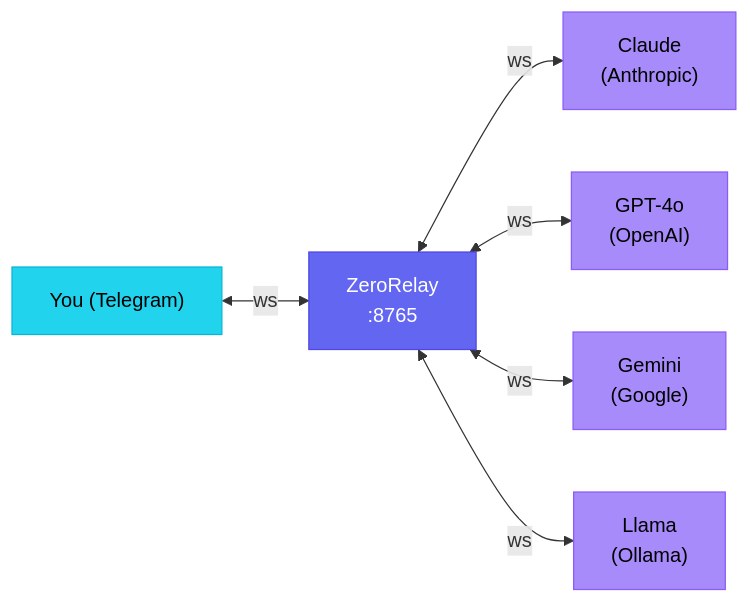
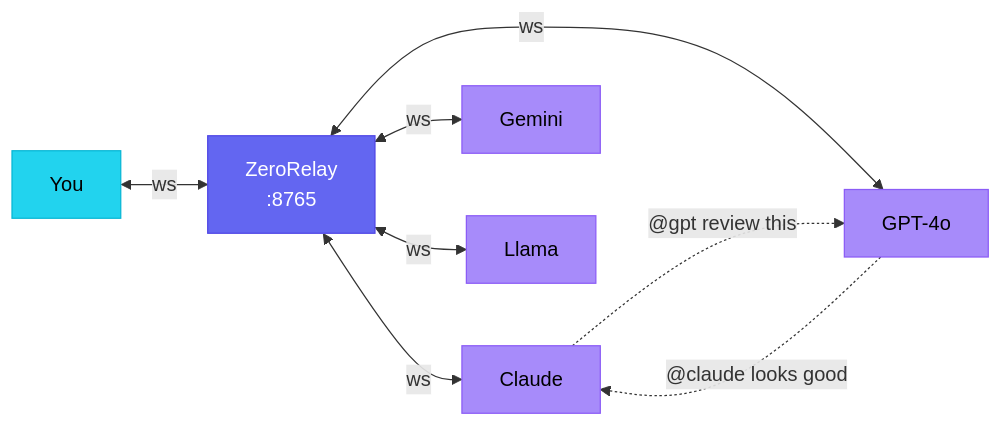
The first of 5 diagrams in README.md (zeroshotstudio/ZeroRelay), drawn with Mermaid before and after one commit. The commit also changed other lines of this file and 1 other file, not shown here.

````diff
--- a/README.md
+++ b/README.md
@@ -27,15 +59,17 @@
 ```mermaid
 graph LR
-    You["You (Telegram)"] <-->|ws| R["ZeroRelay<br/>:8765"]
-    R <-->|ws| C["Claude<br/>(Anthropic)"]
-    R <-->|ws| G["GPT-4o<br/>(OpenAI)"]
-    R <-->|ws| Gem["Gemini<br/>(Google)"]
-    R <-->|ws| L["Llama<br/>(Ollama)"]
+    You["You"] <-->|ws| R["ZeroRelay\n:8765"]
+    R <-->|ws| C["Claude"]
+    R <-->|ws| G["GPT-4o"]
+    R <-->|ws| Gem["Gemini"]
+    R <-->|ws| L["Llama"]
+    C -.->|"@gpt review this"| G
+    G -.->|"@claude looks good"| C
 
     style R fill:#6366f1,stroke:#4f46e5,color:#fff
     style You fill:#22d3ee,stroke:#06b6d4,color:#000
     style C fill:#a78bfa,stroke:#8b5cf6,color:#000
     style G fill:#a78bfa,stroke:#8b5cf6,color:#000
     style Gem fill:#a78bfa,stroke:#8b5cf6,color:#000
     style L fill:#a78bfa,stroke:#8b5cf6,color:#000
 ```
````
